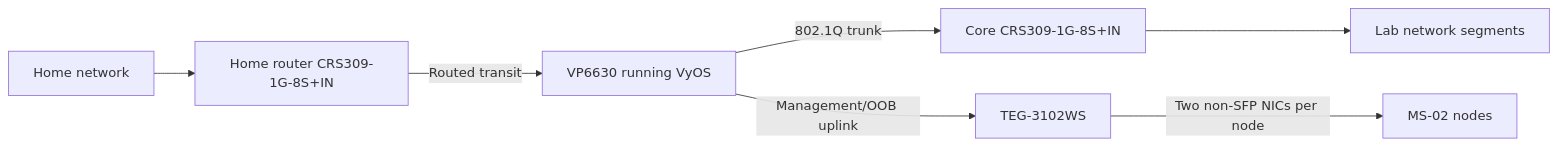
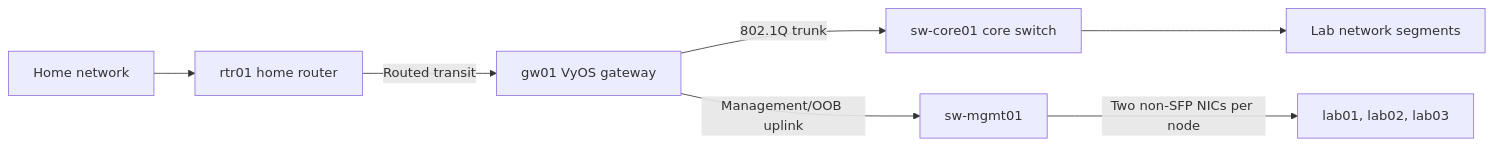
The diagram in docs/docs/designs/drafts/lab-v2-core-network.md (GilmanLab/root), drawn with Mermaid before and after one commit. The commit also changed other lines of this file and 6 other files, not shown here.

````diff
--- a/docs/docs/designs/drafts/lab-v2-core-network.md
+++ b/docs/docs/designs/drafts/lab-v2-core-network.md
@@ -53,9 +54,9 @@
 ```mermaid
 flowchart LR
-    HOME[Home network] --> RTR[Home router CRS309-1G-8S+IN]
-    RTR -->|Routed transit| VYOS[VP6630 running VyOS]
-    VYOS -->|802.1Q trunk| CRS[Core CRS309-1G-8S+IN]
+    HOME[Home network] --> RTR[rtr01 home router]
+    RTR -->|Routed transit| VYOS[gw01 VyOS gateway]
+    VYOS -->|802.1Q trunk| CRS[sw-core01 core switch]
     CRS --> SEGMENTS[Lab network segments]
-    VYOS -->|Management/OOB uplink| TEG[TEG-3102WS]
-    TEG -->|Two non-SFP NICs per node| MS02[MS-02 nodes]
+    VYOS -->|Management/OOB uplink| TEG[sw-mgmt01]
+    TEG -->|Two non-SFP NICs per node| MS02[lab01, lab02, lab03]
 ```
````
